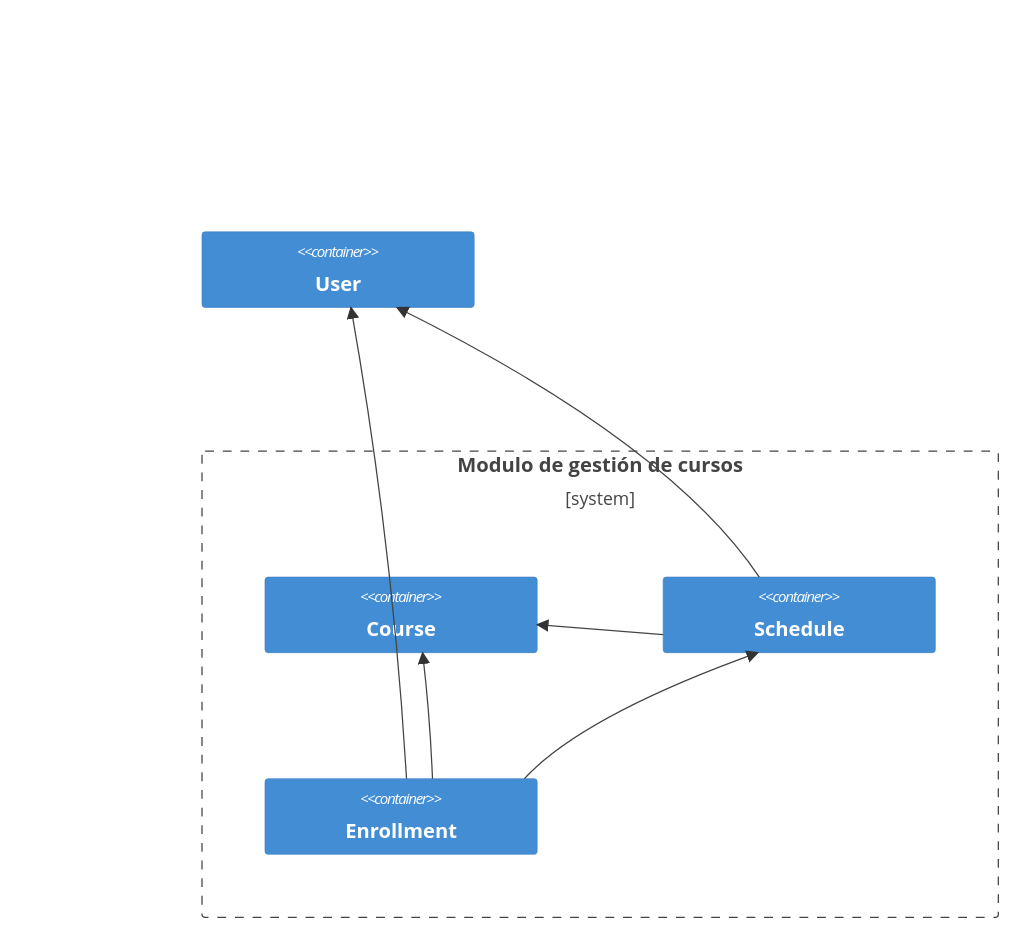
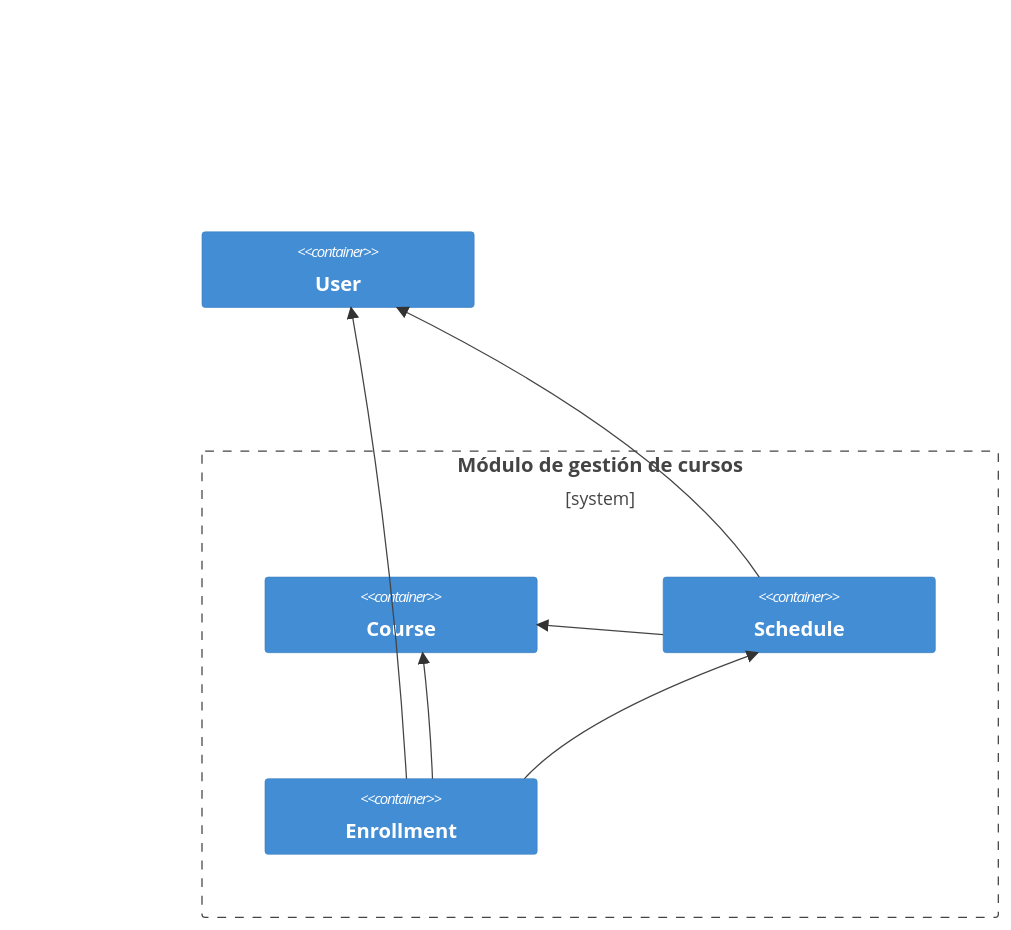
One commit to rmasad/microservicios changed the second of 5 diagrams in 03_Comunicación/ejemplo/README.md. Above: the diagram before and after it, drawn with Mermaid. The commit also changed other lines of this file and 84 other files, not shown here.

````diff
--- a/03_Comunicación/ejemplo/README.md
+++ b/03_Comunicación/ejemplo/README.md
@@ -178,17 +181,17 @@
 ```mermaid
     C4Context
-      Boundary(b1, "Modulo de gestión de cursos") {
+      Boundary(b1, "Módulo de gestión de cursos") {
         Container(courses, "Course")
         Container(schedules, "Schedule")
         Container(enrollment, "Enrollment")
       }
 
       Container(users, "User")
 
       Rel(schedules, courses, "")
       Rel(enrollment, courses, "")
       Rel(enrollment, schedules, "")
 
       Rel(schedules, users, "")
       Rel(enrollment, users, "")
 ```
````
